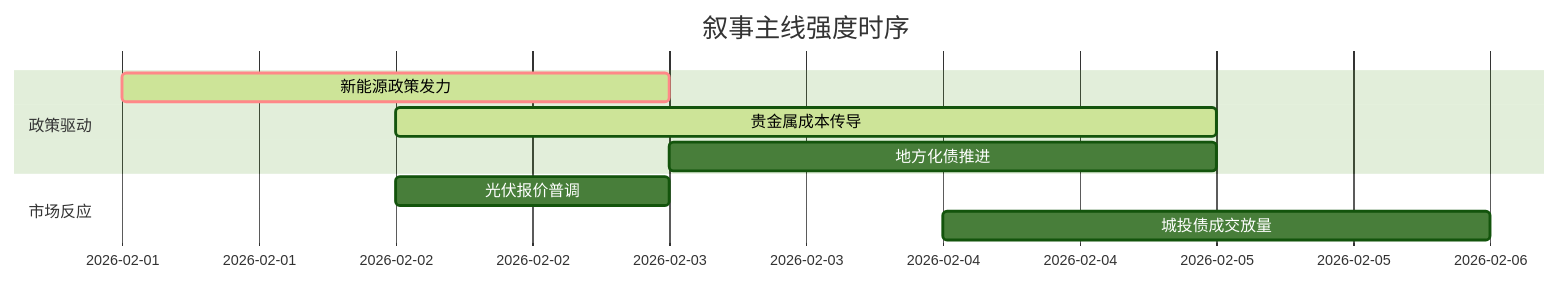
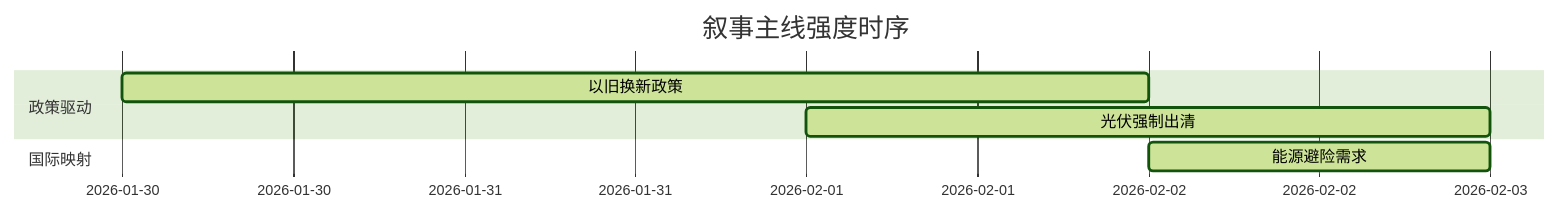
Before and after one commit to uu5zn/uu5zn.github.io: the diagram in 5day_report.md, drawn with Mermaid (forest theme). The commit also changed other lines of this file and 18 other files, not shown here.

````diff
--- a/5day_report.md
+++ b/5day_report.md
@@ -54,13 +55,10 @@
 ```mermaid
 gantt
     title 叙事主线强度时序
     dateFormat  YYYY-MM-DD
     section 政策驱动
-    新能源政策发力    :crit, active, 2026-02-01, 2d
-    贵金属成本传导    :active, 2026-02-02, 3d
-    地方化债推进      :2026-02-03, 2d
-    
-    section 市场反应
-    光伏报价普调      :2026-02-02, 1d
-    城投债成交放量    :2026-02-04, 2d
-```  
+    以旧换新政策    :active, 2026-01-30, 3d
+    光伏强制出清    :active, 2026-02-01, 2d
+    section 国际映射
+    能源避险需求   :active, 2026-02-02, 1d
+```
````
